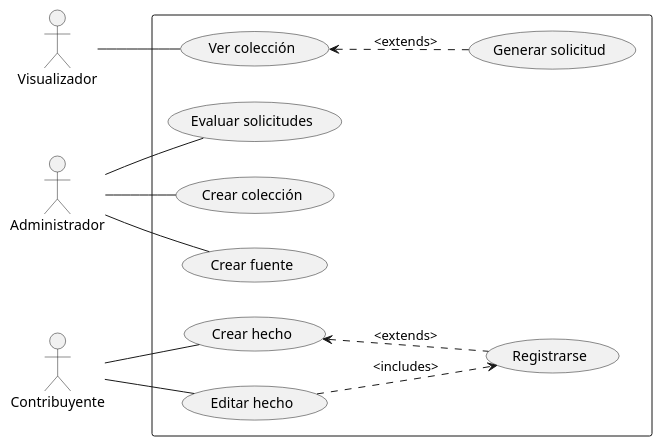
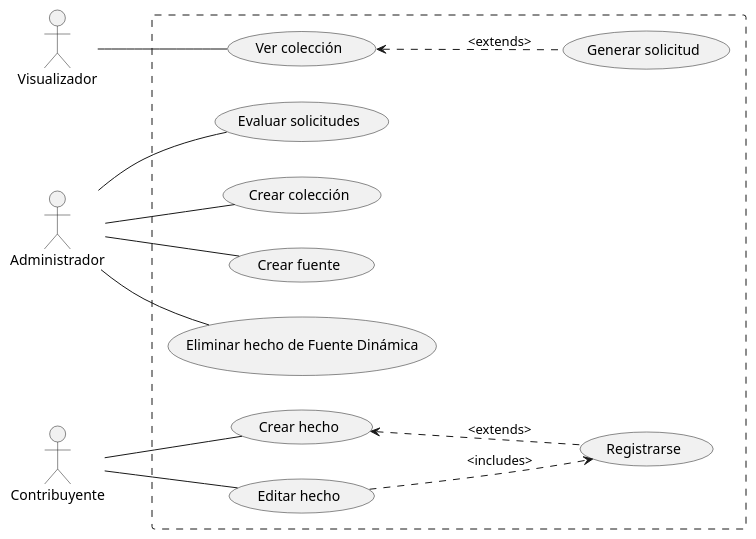
One commit to lrizzitano/Metamapa changed the diagram in diagramas/diagrama-casos_de_uso.puml. Above: the diagram before and after it, drawn with PlantUML. The commit also changed 3 other files, not shown here.

Commit message:
actualizo diagramas y decisiones

```diff
--- a/diagramas/diagrama-casos_de_uso.puml
+++ b/diagramas/diagrama-casos_de_uso.puml
@@ -1,34 +1,36 @@
 @startuml
 left to right direction
 
 actor Visualizador
 actor Administrador
 actor Contribuyente
 
 
-rectangle {
+rectangle #line.dashed {
  usecase "Ver colección" as UC1
  usecase "Evaluar solicitudes" as UC2
  usecase "Crear colección" as UC3
  usecase "Crear fuente" as UC4
  usecase "Crear hecho" as UC5
  usecase "Editar hecho" as UC6
+ usecase "Eliminar hecho de Fuente Dinámica" as UC7
 
  usecase "Generar solicitud" as UC1.1
  usecase "Registrarse" as UC0.5
 }
 
 Visualizador -- UC1
 Administrador -- UC2
 Administrador -- UC3
 Administrador -- UC4
+Administrador -- UC7
 Contribuyente -- UC5
 Contribuyente -- UC6
 
 
 
 UC1 <.. UC1.1 : <extends>
 UC5 <.. UC0.5 : <extends>
 UC6 ..> UC0.5: <includes>
 
 @enduml
```
